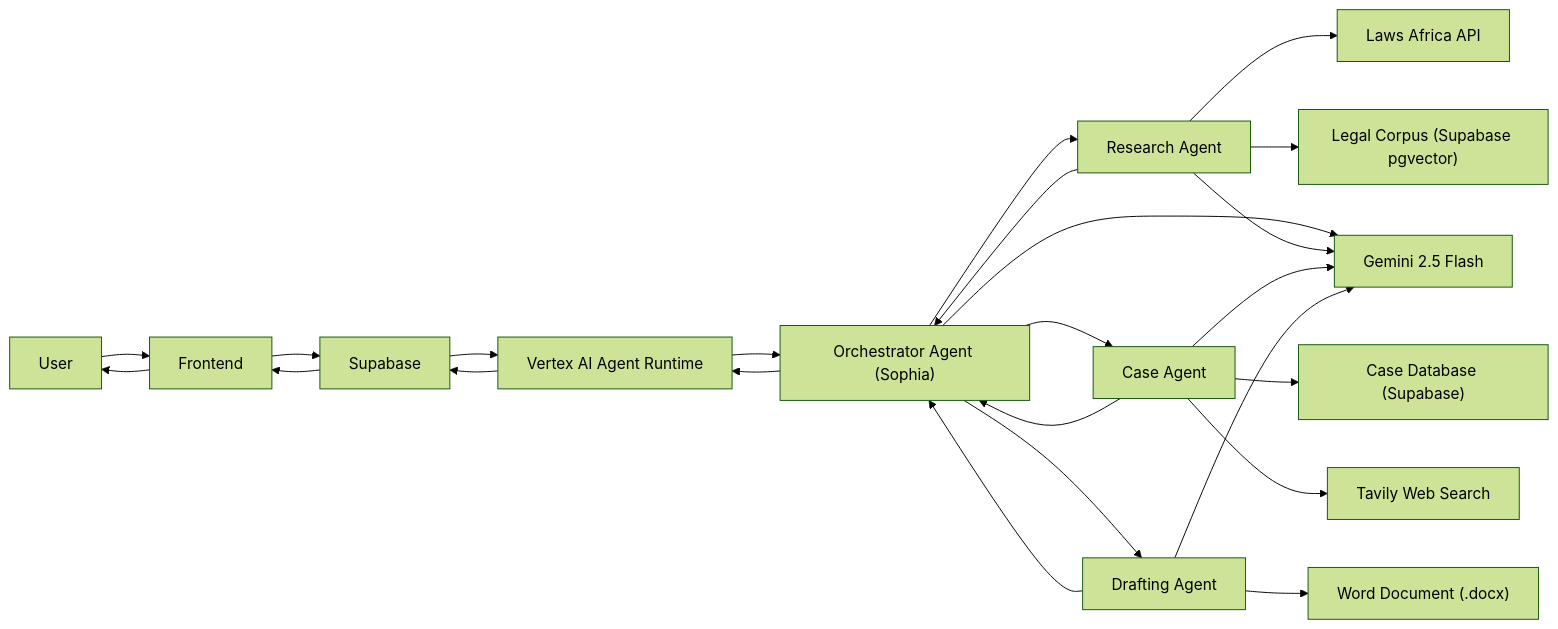
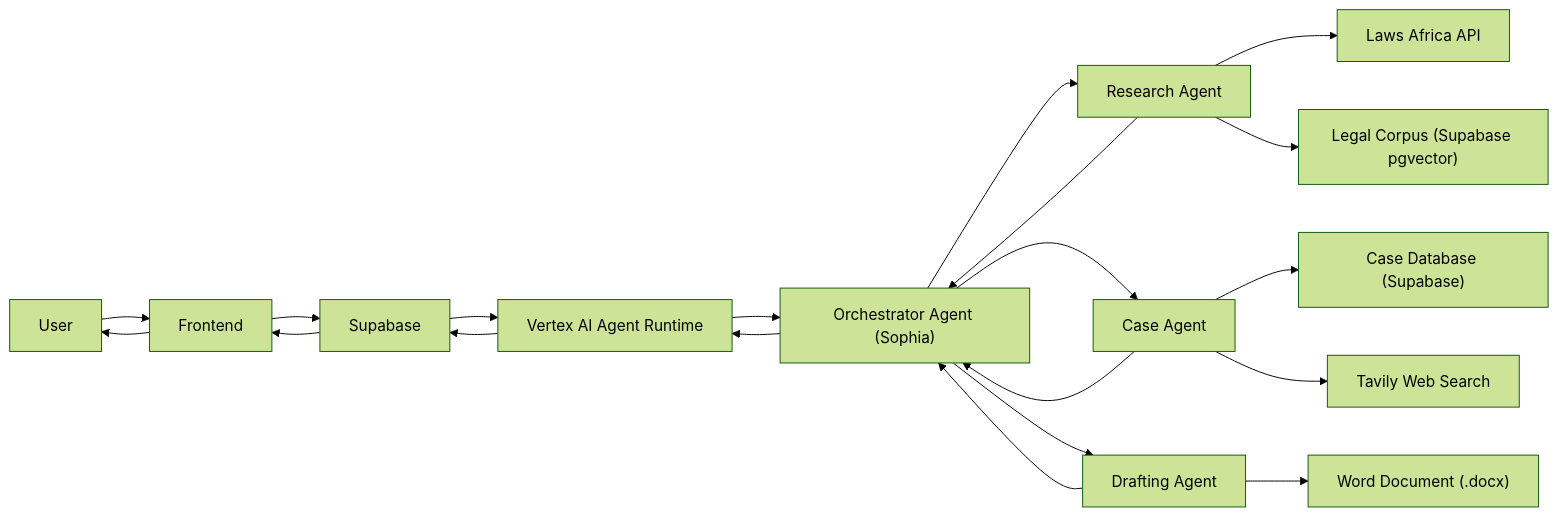
Before and after one commit to domusdeiug/paralegal-sophia: the diagram in public/docs/architecture.md, drawn with Mermaid (forest theme).

Commit message:
Update architecture documentation to remove Gemini references
Removed references to Gemini for certain agents.

````diff
--- a/public/docs/architecture.md
+++ b/public/docs/architecture.md
@@ -1,36 +1,30 @@
 ```mermaid
 flowchart LR
     User[User] --> Frontend[Frontend]
     Frontend --> Supabase[Supabase]
 
     Supabase --> VertexAI["Vertex AI Agent Runtime"]
 
     VertexAI --> Orchestrator["Orchestrator Agent (Sophia)"]
 
     Orchestrator --> ResearchAgent["Research Agent"]
     Orchestrator --> CaseAgent["Case Agent"]
     Orchestrator --> DraftingAgent["Drafting Agent"]
 
     ResearchAgent --> LawsAfrica["Laws Africa API"]
     ResearchAgent --> Corpus["Legal Corpus (Supabase pgvector)"]
 
     CaseAgent --> CaseDB["Case Database (Supabase)"]
     CaseAgent --> Tavily["Tavily Web Search"]
 
     DraftingAgent --> DocX["Word Document (.docx)"]
 
-    Orchestrator --> Gemini["Gemini 2.5 Flash"]
-
-    ResearchAgent --> Gemini
-    CaseAgent --> Gemini
-    DraftingAgent --> Gemini
-
     ResearchAgent --> Orchestrator
     CaseAgent --> Orchestrator
     DraftingAgent --> Orchestrator
 
     Orchestrator --> VertexAI
     VertexAI --> Supabase
     Supabase --> Frontend
     Frontend --> User
 ```
````
